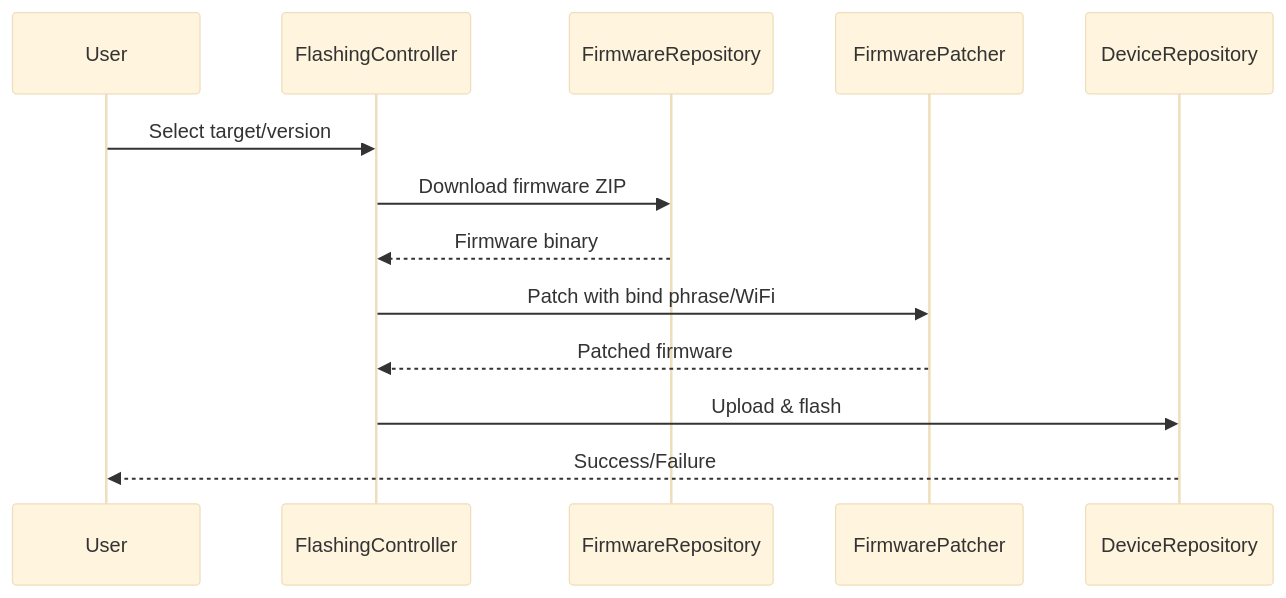
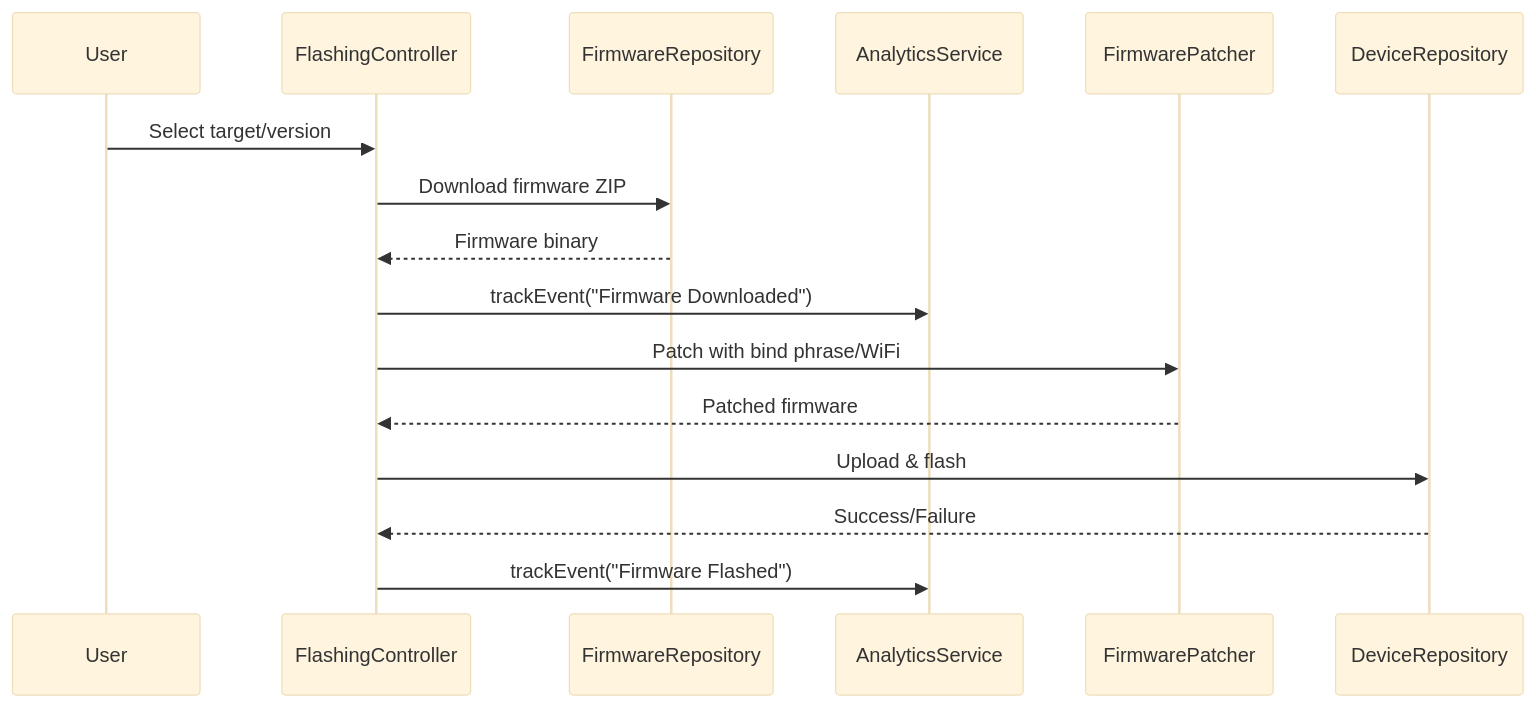
One commit to wbhinton/ELRS-Mobile changed the second of 3 diagrams in .rp1/context/architecture.md. Above: the diagram before and after it, drawn with Mermaid (base theme). The commit also changed other lines of this file and 14 other files, not shown here.

Commit message:
feat: Implement native WiFi binding and update documentation to reflect new networking architecture and analytics, alongside adding a screenshot scaling utility.

````diff
--- a/.rp1/context/architecture.md
+++ b/.rp1/context/architecture.md
@@ -118,16 +118,19 @@
 ```mermaid
 sequenceDiagram
     participant User
     participant FlashingController
     participant FirmwareRepository
+    participant AnalyticsService
     participant FirmwarePatcher
     participant DeviceRepository
     
     User->>FlashingController: Select target/version
     FlashingController->>FirmwareRepository: Download firmware ZIP
     FirmwareRepository-->>FlashingController: Firmware binary
+    FlashingController->>AnalyticsService: trackEvent("Firmware Downloaded")
     FlashingController->>FirmwarePatcher: Patch with bind phrase/WiFi
     FirmwarePatcher-->>FlashingController: Patched firmware
     FlashingController->>DeviceRepository: Upload & flash
-    DeviceRepository-->>User: Success/Failure
+    DeviceRepository-->>FlashingController: Success/Failure
+    FlashingController->>AnalyticsService: trackEvent("Firmware Flashed")
 ```
````
